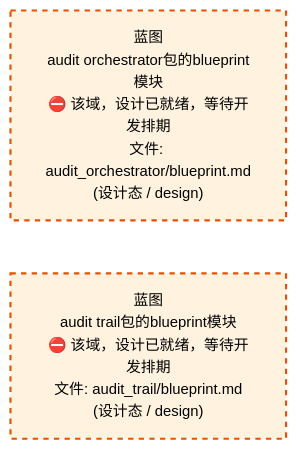
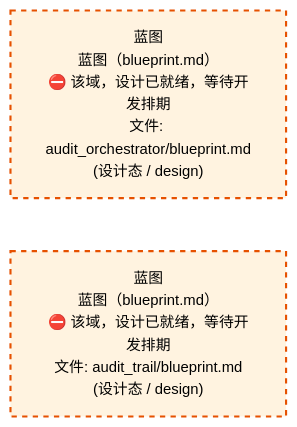
The third of 4 diagrams in docs/02_enterprise_architecture/02_domain_architecture_docs/50_d_gov_audit.md (xuanFelixVan/ZephyrAlpha), drawn with Mermaid before and after one commit. The commit also changed other lines of this file and 56 other files, not shown here.

````diff
--- a/docs/02_enterprise_architecture/02_domain_architecture_docs/50_d_gov_audit.md
+++ b/docs/02_enterprise_architecture/02_domain_architecture_docs/50_d_gov_audit.md
@@ -807,12 +807,12 @@
 ```mermaid
 %%{init: {'theme': 'base', 'themeVariables': {'primaryColor': '#eaeaea', 'primaryTextColor': '#333333', 'primaryBorderColor': '#666666', 'lineColor': '#666666', 'secondaryColor': '#eaeaea', 'tertiaryColor': '#eaeaea', 'fontSize': '14px'}}}%%
 flowchart TD
-    docs_03_modules_cross_layer_audit_orchestrator_blueprint_md["蓝图<br/>audit orchestrator包的blueprint模块<br/>⛔ 该域，设计已就绪，等待开发排期<br/>文件: audit_orchestrator/blueprint.md<br/>(设计态 / design)"]
-    docs_03_modules_domain_governance_audit_trail_blueprint_md["蓝图<br/>audit trail包的blueprint模块<br/>⛔ 该域，设计已就绪，等待开发排期<br/>文件: audit_trail/blueprint.md<br/>(设计态 / design)"]
+    docs_03_modules_cross_layer_audit_orchestrator_blueprint_md["蓝图<br/>蓝图（blueprint.md）<br/>⛔ 该域，设计已就绪，等待开发排期<br/>文件: audit_orchestrator/blueprint.md<br/>(设计态 / design)"]
+    docs_03_modules_domain_governance_audit_trail_blueprint_md["蓝图<br/>蓝图（blueprint.md）<br/>⛔ 该域，设计已就绪，等待开发排期<br/>文件: audit_trail/blueprint.md<br/>(设计态 / design)"]
     docs_03_modules_cross_layer_audit_orchestrator_blueprint_md ~~~ docs_03_modules_domain_governance_audit_trail_blueprint_md
     classDef production fill:#e1f5fe,stroke:#01579b,stroke-width:2px,color:#000
     classDef design fill:#fff3e0,stroke:#e65100,stroke-width:2px,color:#000,stroke-dasharray: 5 5
     classDef external_prod fill:#e8f4fd,stroke:#0277bd,stroke-width:1px,color:#000
     classDef external_design fill:#fff8e7,stroke:#ef6c00,stroke-width:1px,color:#000,stroke-dasharray: 5 5
     class docs_03_modules_cross_layer_audit_orchestrator_blueprint_md,docs_03_modules_domain_governance_audit_trail_blueprint_md design
 ```
````
